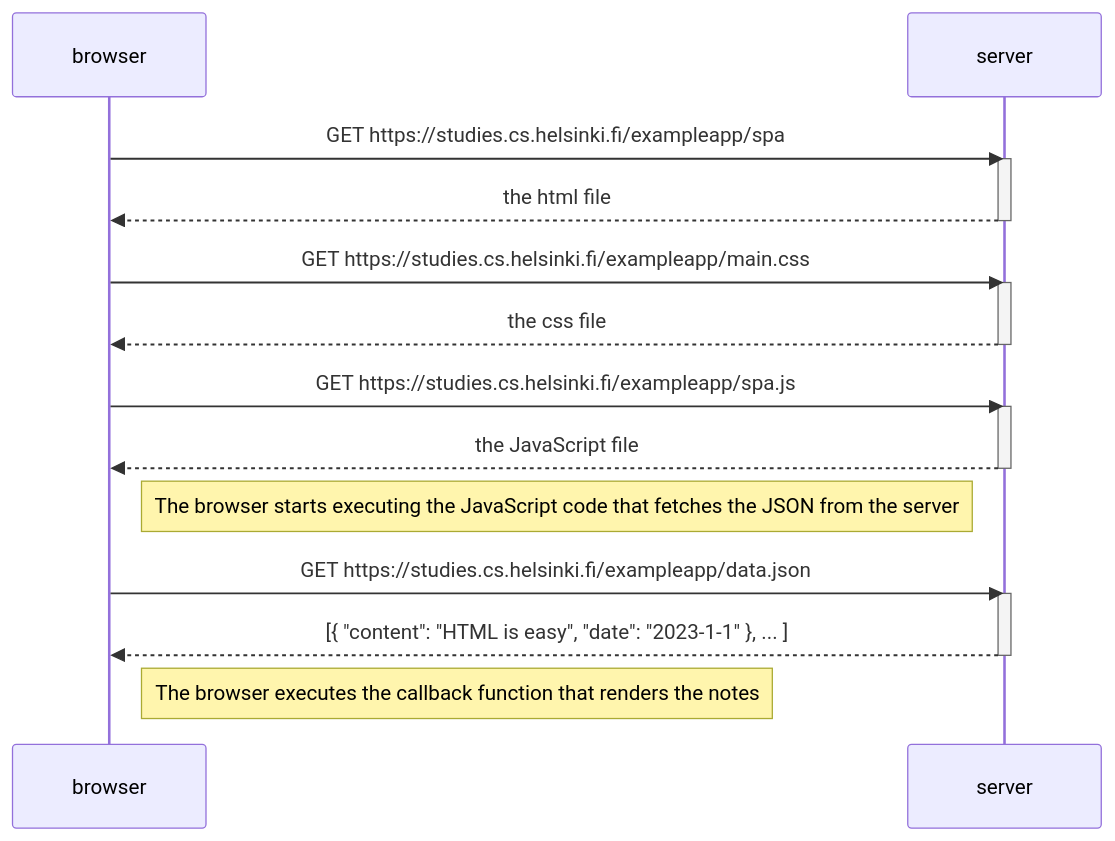
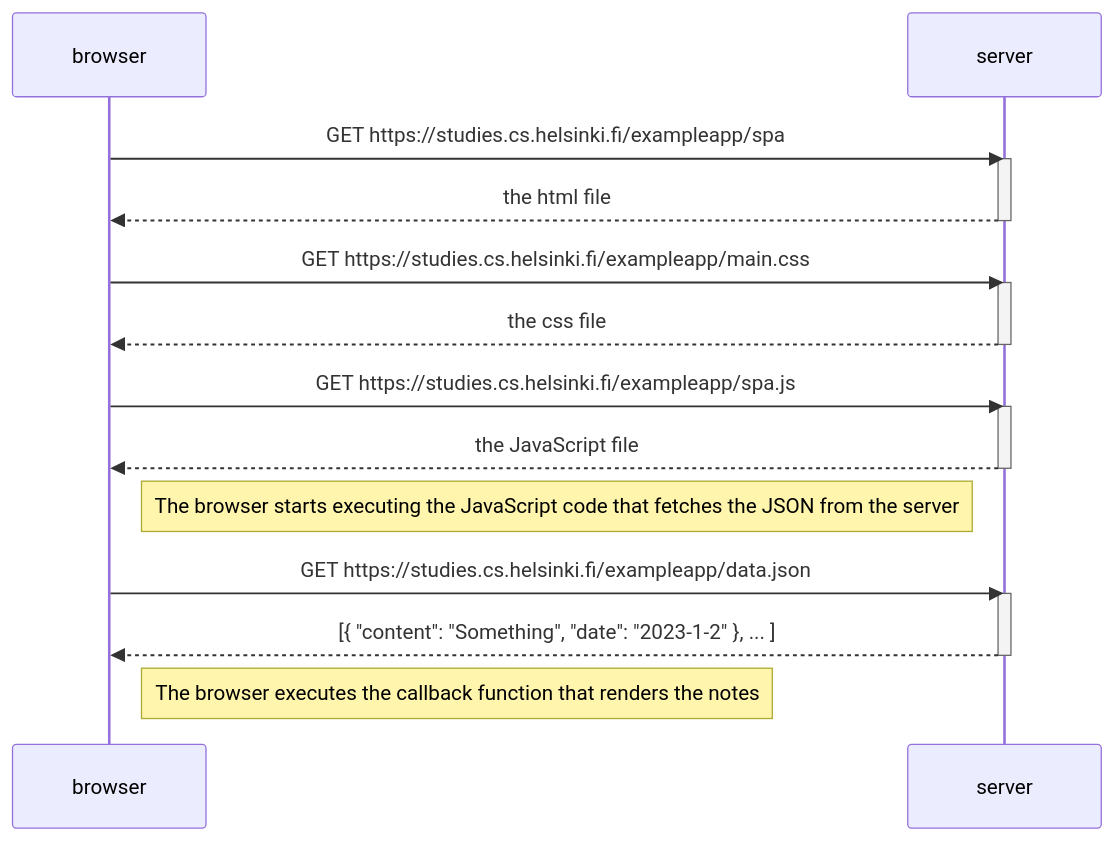
Before and after one commit to DesignThinkerer/fullstackopen: the diagram in part0/0.5: Single page app diagram.md, drawn with Mermaid.

Commit message:
Update 0.5: Single page app diagram.md

````diff
--- a/part0/0.5: Single page app diagram.md
+++ b/part0/0.5: Single page app diagram.md
@@ -1,29 +1,29 @@
 ```mermaid
 sequenceDiagram
     participant browser
     participant server
 
     browser->>server: GET https://studies.cs.helsinki.fi/exampleapp/spa
     activate server
     server-->>browser: the html file
     deactivate server
 
     browser->>server: GET https://studies.cs.helsinki.fi/exampleapp/main.css
     activate server
     server-->>browser: the css file
     deactivate server
 
     browser->>server: GET https://studies.cs.helsinki.fi/exampleapp/spa.js
     activate server
     server-->>browser: the JavaScript file
     deactivate server
 
     Note right of browser: The browser starts executing the JavaScript code that fetches the JSON from the server
 
     browser->>server: GET https://studies.cs.helsinki.fi/exampleapp/data.json
     activate server
-    server-->>browser: [{ "content": "HTML is easy", "date": "2023-1-1" }, ... ]
+    server-->>browser: [{ "content": "Something", "date": "2023-1-2" }, ... ]
     deactivate server
 
     Note right of browser: The browser executes the callback function that renders the notes
 ```
````
